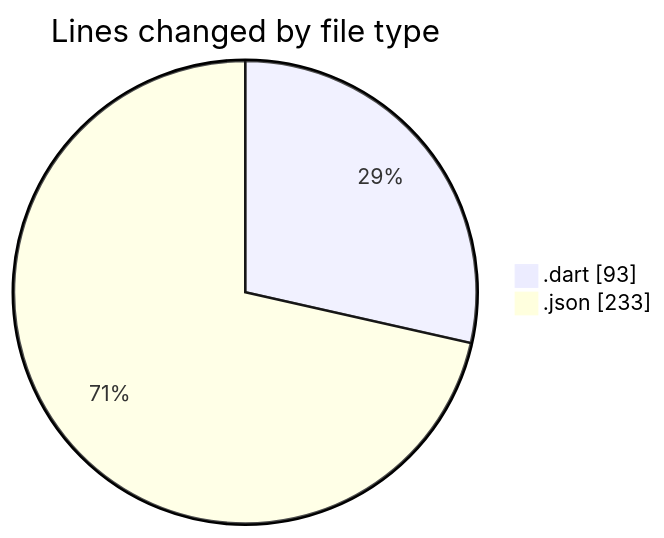
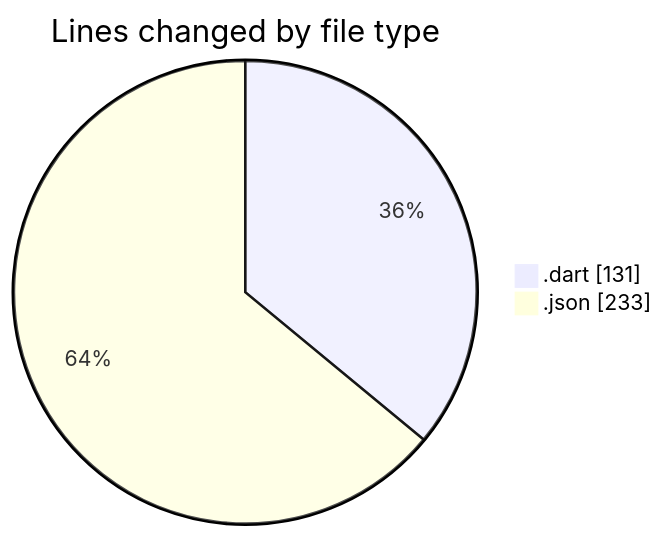
Before and after one commit to idhammustaqopulfikri/code-tracking: the first of 2 diagrams in 2025-04-17/belajar_flutter/README.md, drawn with Mermaid. The commit also changed other lines of this file and 1 other file, not shown here.

````diff
--- a/2025-04-17/belajar_flutter/README.md
+++ b/2025-04-17/belajar_flutter/README.md
@@ -24,6 +24,6 @@
 ```mermaid
 pie showData
 title Lines changed by file type
-".dart" : 93
+".dart" : 131
 ".json" : 233
 ```
````
